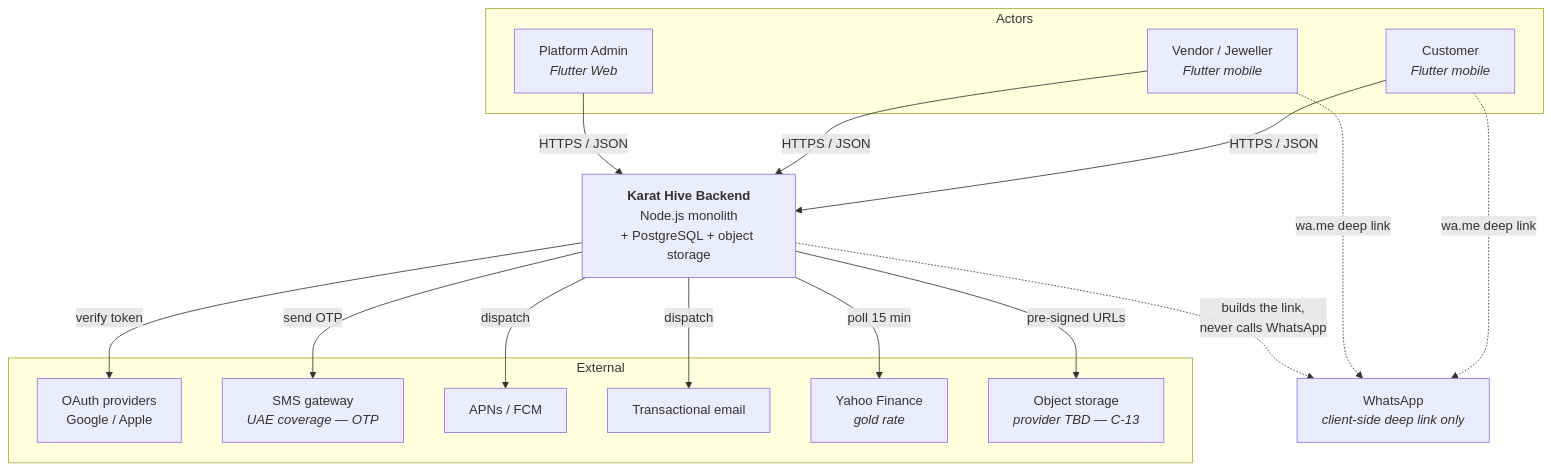
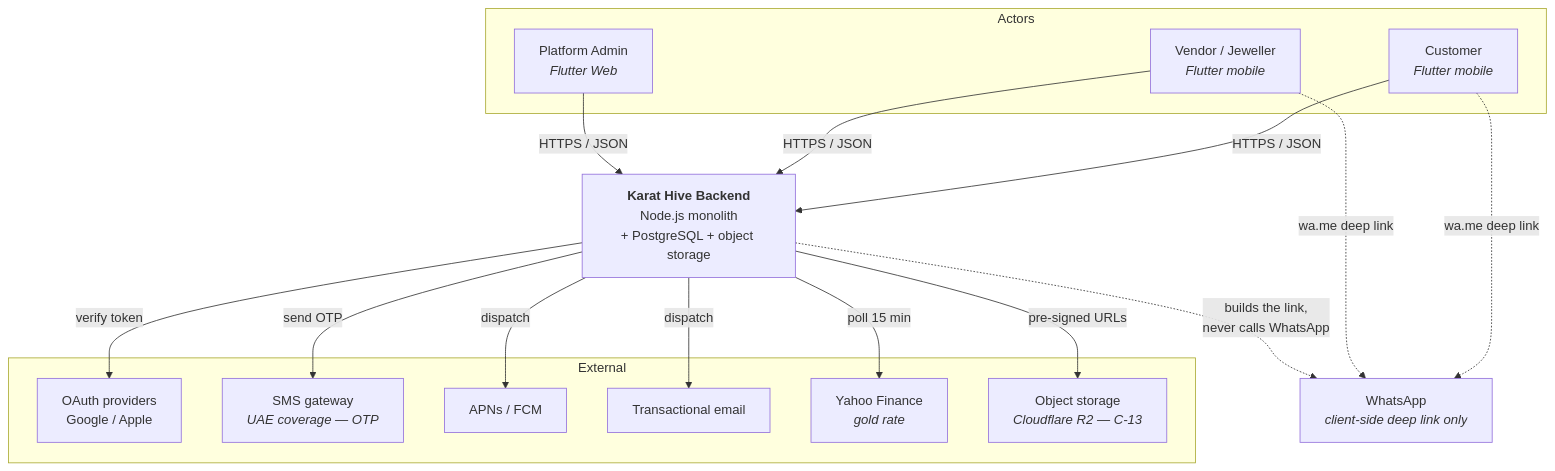
One commit to shabibmr/karat-hive changed the second of 7 diagrams in docs/Architecture-Backend.md. Above: the diagram before and after it, drawn with Mermaid. The commit also changed other lines of this file and 42 other files, not shown here.

````diff
--- a/docs/Architecture-Backend.md
+++ b/docs/Architecture-Backend.md
@@ -168,36 +169,36 @@
 ```mermaid
 flowchart TB
     subgraph Actors
         CUS["Customer<br/><i>Flutter mobile</i>"]
         VEN["Vendor / Jeweller<br/><i>Flutter mobile</i>"]
         ADM["Platform Admin<br/><i>Flutter Web</i>"]
     end
 
     KH["<b>Karat Hive Backend</b><br/>Node.js monolith<br/>+ PostgreSQL + object storage"]
 
     subgraph External
         OAUTH["OAuth providers<br/>Google / Apple"]
         SMS["SMS gateway<br/><i>UAE coverage — OTP</i>"]
         PUSH["APNs / FCM"]
         MAIL["Transactional email"]
         RATE["Yahoo Finance<br/><i>gold rate</i>"]
-        OBJ["Object storage<br/><i>provider TBD — C-13</i>"]
+        OBJ["Object storage<br/><i>Cloudflare R2 — C-13</i>"]
     end
 
     WA["WhatsApp<br/><i>client-side deep link only</i>"]
 
     CUS -->|HTTPS / JSON| KH
     VEN -->|HTTPS / JSON| KH
     ADM -->|HTTPS / JSON| KH
 
     KH -->|verify token| OAUTH
     KH -->|send OTP| SMS
     KH -->|dispatch| PUSH
     KH -->|dispatch| MAIL
     KH -->|poll 15 min| RATE
     KH -->|pre-signed URLs| OBJ
 
     CUS -.->|wa.me deep link| WA
     VEN -.->|wa.me deep link| WA
     KH -.->|builds the link,<br/>never calls WhatsApp| WA
 ```
````
